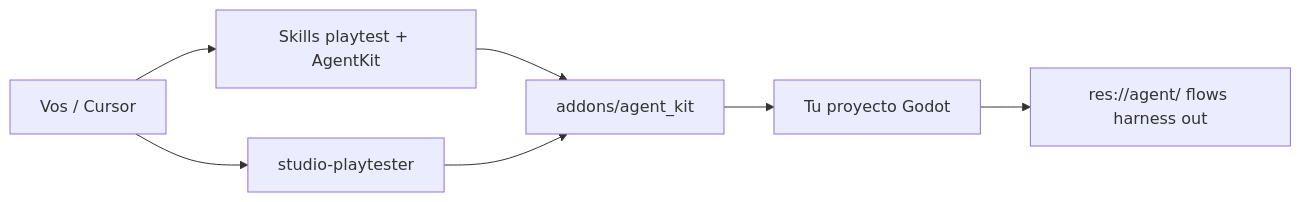
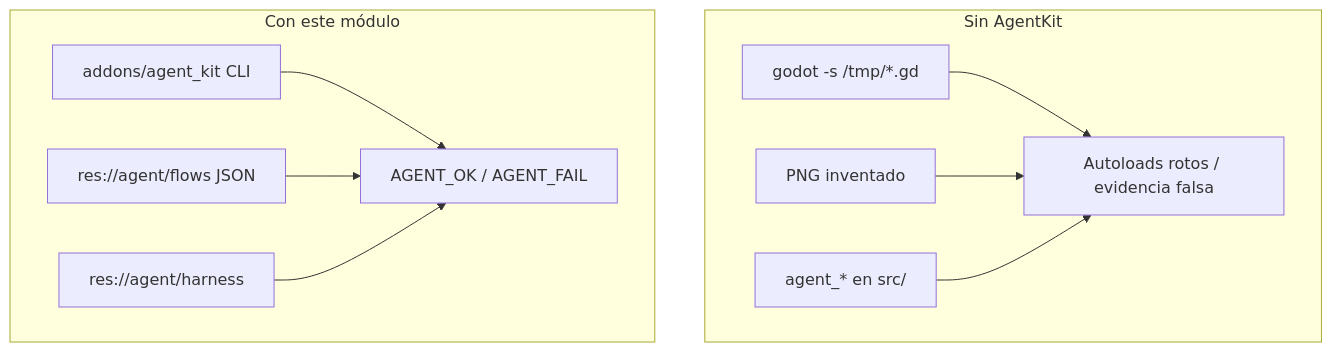
The first of 2 diagrams in README.md (Joelnicolass/godot-studio-playtest), drawn with Mermaid before and after one commit. The commit also changed other lines of this file and 26 other files, not shown here.

````diff
--- a/README.md
+++ b/README.md
@@ -35,16 +26,20 @@
 ```mermaid
-flowchart LR
-  you[Vos / Cursor]
-  skill[Skills playtest + AgentKit]
-  agent[studio-playtester]
-  addon[addons/agent_kit]
-  game[Tu proyecto Godot]
-  ws[res://agent/ flows harness out]
+flowchart TB
+  subgraph before [Sin AgentKit]
+    a1["godot -s /tmp/*.gd"]
+    a2[PNG inventado]
+    a3["agent_* en src/"]
+    a1 --> fail[Autoloads rotos / evidencia falsa]
+    a2 --> fail
+    a3 --> fail
+  end
 
-  you --> skill
-  you --> agent
-  skill --> addon
-  agent --> addon
-  addon --> game
-  game --> ws
+  subgraph after [Con este módulo]
+    b1[addons/agent_kit CLI]
+    b2["res://agent/flows JSON"]
+    b3["res://agent/harness"]
+    b1 --> ok["AGENT_OK / AGENT_FAIL"]
+    b2 --> ok
+    b3 --> ok
+  end
 ```
````
